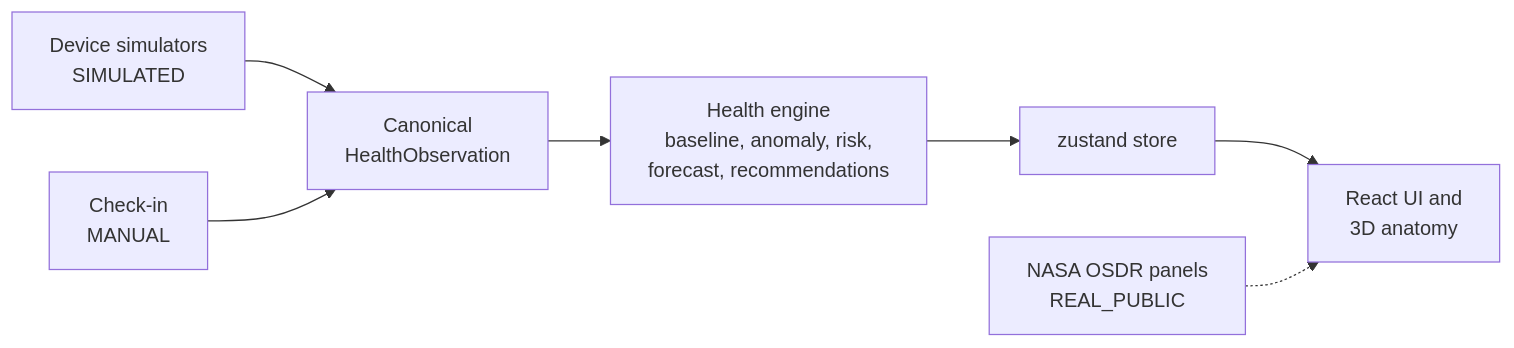
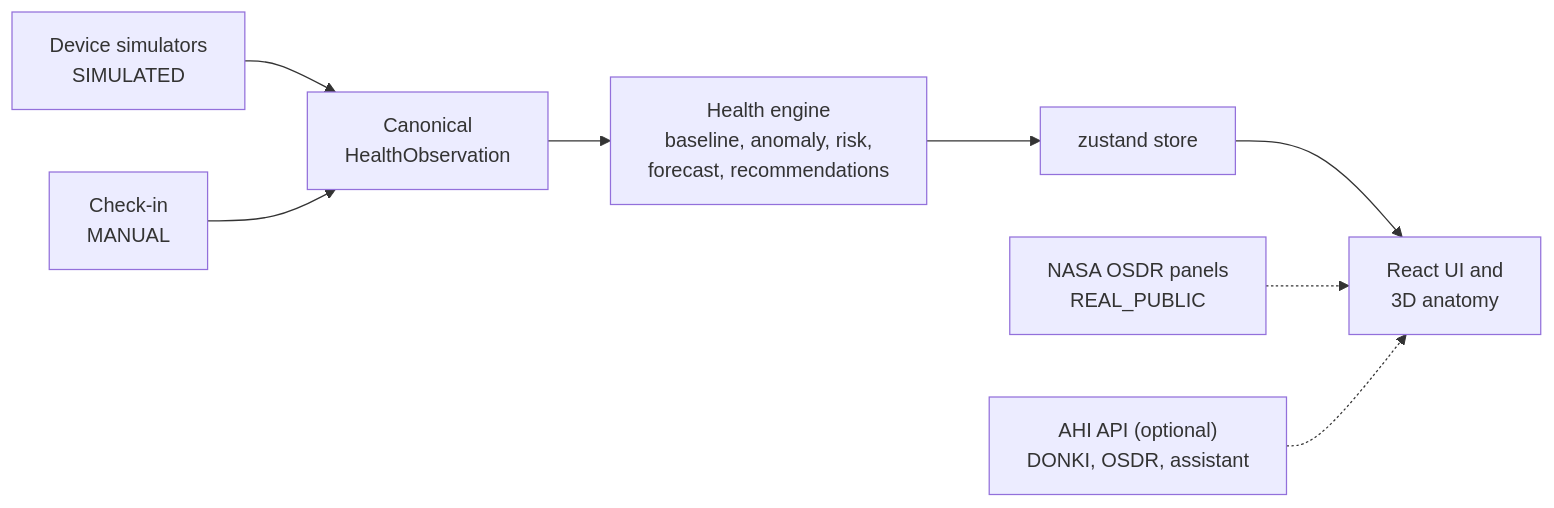
Before and after one commit to Gabrieldiv/astronaut-health-intelligence-platform: the diagram in docs-site/index.md, drawn with Mermaid. The commit also changed other lines of this file and 39 other files, not shown here.

````diff
--- a/docs-site/index.md
+++ b/docs-site/index.md
@@ -104,9 +114,10 @@
 ```mermaid
 flowchart LR
     SIM["Device simulators<br/>SIMULATED"] --> OBS["Canonical<br/>HealthObservation"]
     CHK["Check-in<br/>MANUAL"] --> OBS
     OBS --> ENG["Health engine<br/>baseline, anomaly, risk,<br/>forecast, recommendations"]
     ENG --> ST["zustand store"]
     ST --> UI["React UI and<br/>3D anatomy"]
     OSDR["NASA OSDR panels<br/>REAL_PUBLIC"] -.-> UI
+    API["AHI API (optional)<br/>DONKI, OSDR, assistant"] -.-> UI
 ```
````
